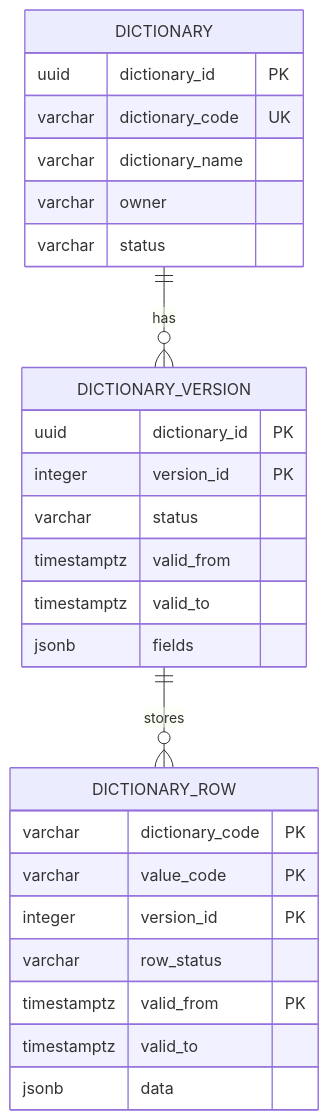
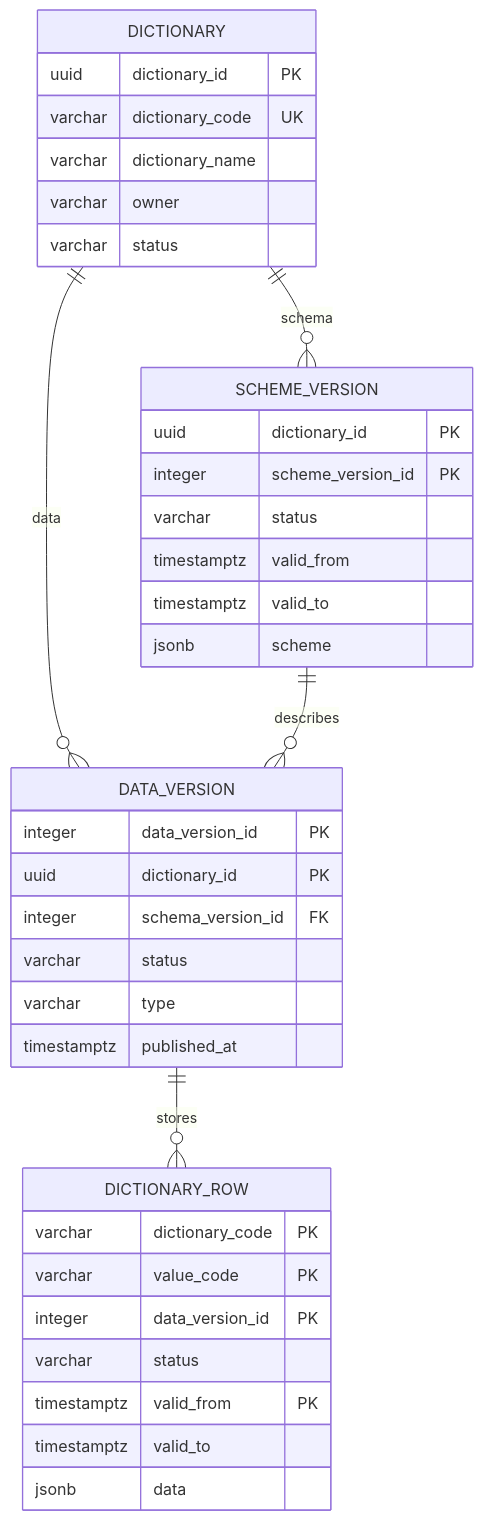
The diagram in docs/1. functional/specification/v3 - 1 таблица/DB.md (StrannikE95/reference_data), drawn with Mermaid before and after one commit. The commit also changed other lines of this file and 20 other files, not shown here.

````diff
--- a/docs/1. functional/specification/v3 - 1 таблица/DB.md
+++ b/docs/1. functional/specification/v3 - 1 таблица/DB.md
@@ -9,32 +9,43 @@
 ```mermaid
 erDiagram
-    DICTIONARY ||--o{ DICTIONARY_VERSION : has
-    DICTIONARY_VERSION ||--o{ DICTIONARY_ROW : stores
+    DICTIONARY ||--o{ SCHEME_VERSION : schema
+    DICTIONARY ||--o{ DATA_VERSION : data
+    SCHEME_VERSION ||--o{ DATA_VERSION : describes
+    DATA_VERSION ||--o{ DICTIONARY_ROW : stores
 
     DICTIONARY {
         uuid dictionary_id PK
         varchar dictionary_code UK
         varchar dictionary_name
         varchar owner
         varchar status
     }
 
-    DICTIONARY_VERSION {
+    SCHEME_VERSION {
         uuid dictionary_id PK
-        integer version_id PK
+        integer scheme_version_id PK
         varchar status
         timestamptz valid_from
         timestamptz valid_to
-        jsonb fields
+        jsonb scheme
+    }
+
+    DATA_VERSION {
+        integer data_version_id PK
+        uuid dictionary_id PK
+        integer schema_version_id FK
+        varchar status
+        varchar type
+        timestamptz published_at
     }
 
     DICTIONARY_ROW {
         varchar dictionary_code PK
         varchar value_code PK
-        integer version_id PK
-        varchar row_status
+        integer data_version_id PK
+        varchar status
         timestamptz valid_from PK
         timestamptz valid_to
         jsonb data
     }
 ```
````
